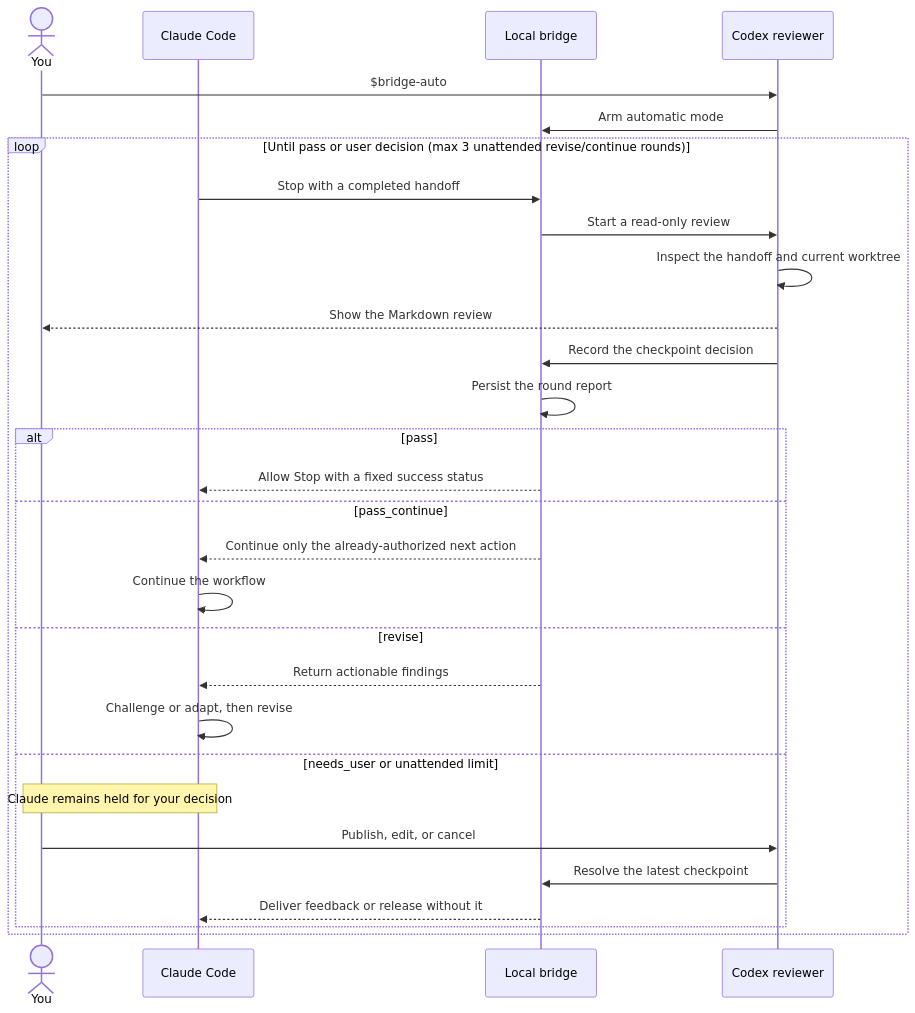
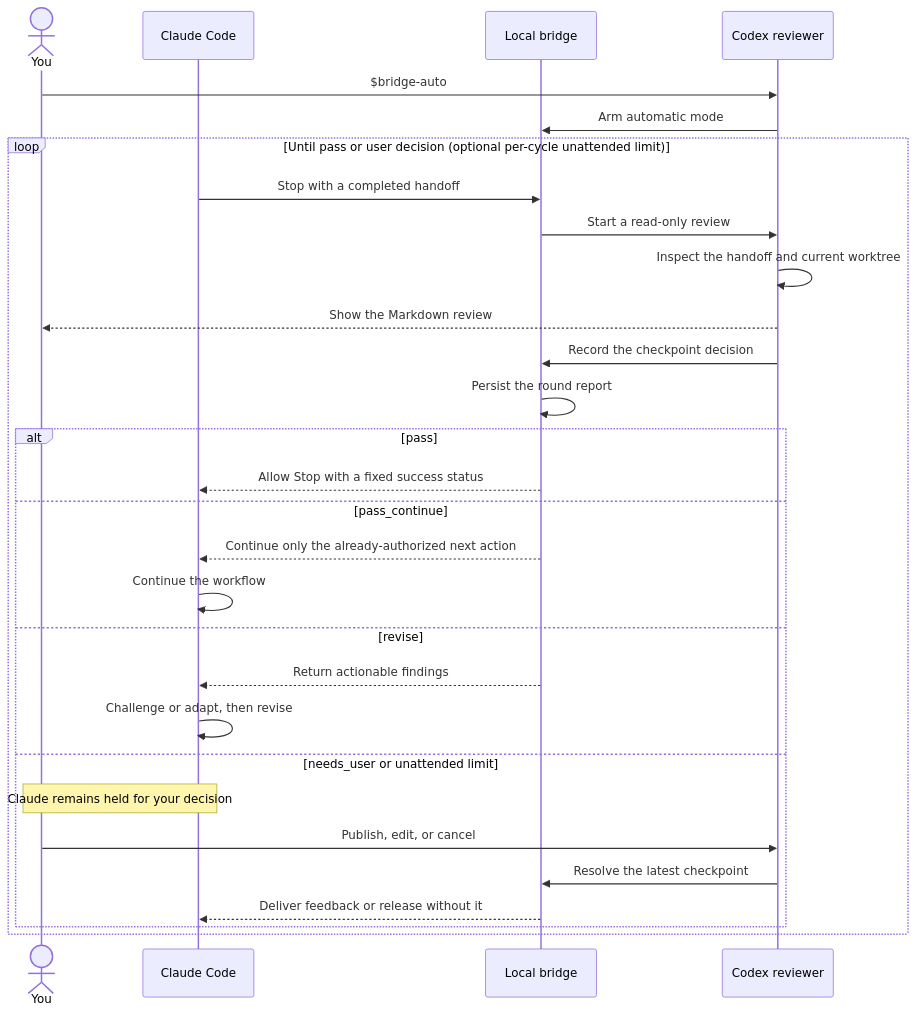
One commit to uzi0espil/Codex-Claude-Reviewer-Bridge changed the diagram in docs/review-workflows.md. Above: the diagram before and after it, drawn with Mermaid. The commit also changed other lines of this file and 13 other files, not shown here.

````diff
--- a/docs/review-workflows.md
+++ b/docs/review-workflows.md
@@ -49,34 +51,34 @@
 ```mermaid
 sequenceDiagram
     actor U as You
     participant C as Claude Code
     participant B as Local bridge
     participant R as Codex reviewer
 
     U->>R: $bridge-auto
     R->>B: Arm automatic mode
 
-    loop Until pass or user decision (max 3 unattended revise/continue rounds)
+    loop Until pass or user decision (optional per-cycle unattended limit)
         C->>B: Stop with a completed handoff
         B->>R: Start a read-only review
         R->>R: Inspect the handoff and current worktree
         R-->>U: Show the Markdown review
         R->>B: Record the checkpoint decision
         B->>B: Persist the round report
 
         alt pass
             B-->>C: Allow Stop with a fixed success status
         else pass_continue
             B-->>C: Continue only the already-authorized next action
             C->>C: Continue the workflow
         else revise
             B-->>C: Return actionable findings
             C->>C: Challenge or adapt, then revise
         else needs_user or unattended limit
             Note over U,C: Claude remains held for your decision
             U->>R: Publish, edit, or cancel
             R->>B: Resolve the latest checkpoint
             B-->>C: Deliver feedback or release without it
         end
     end
 ```
````
